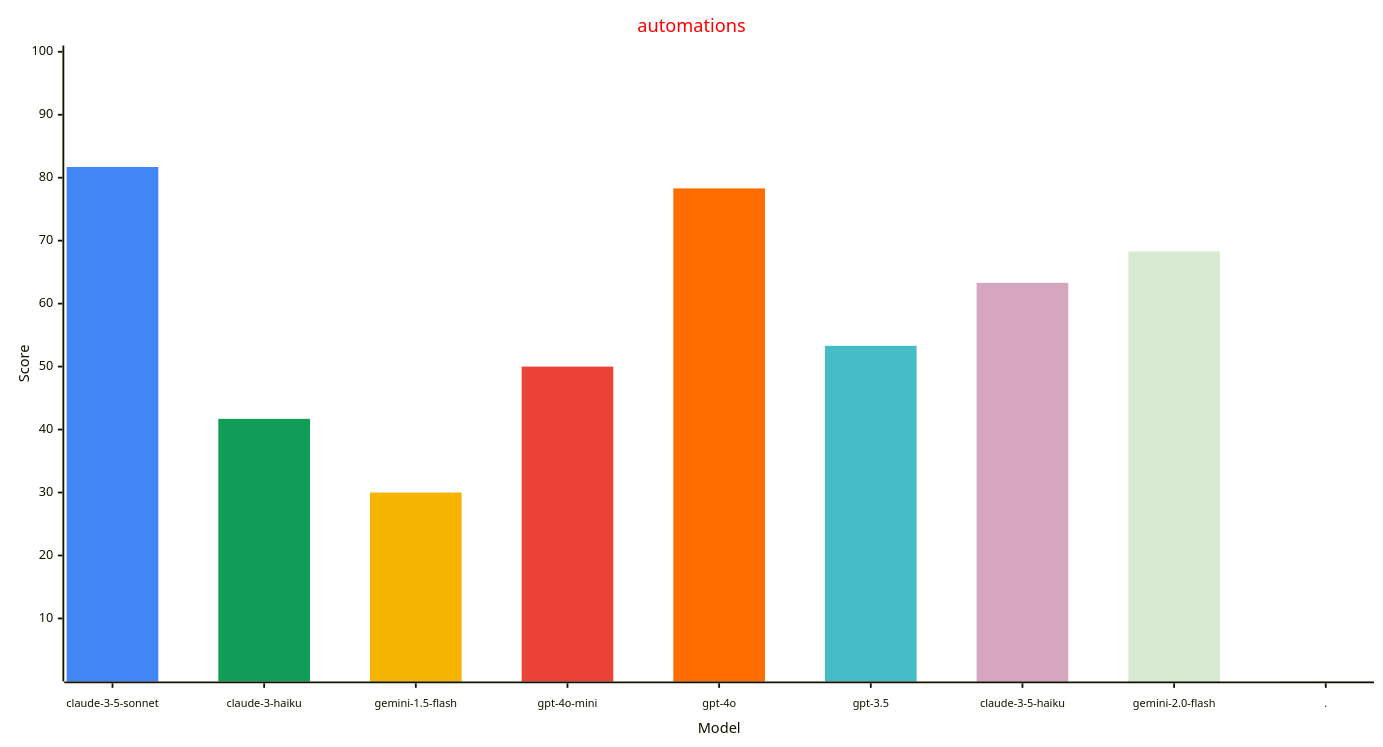
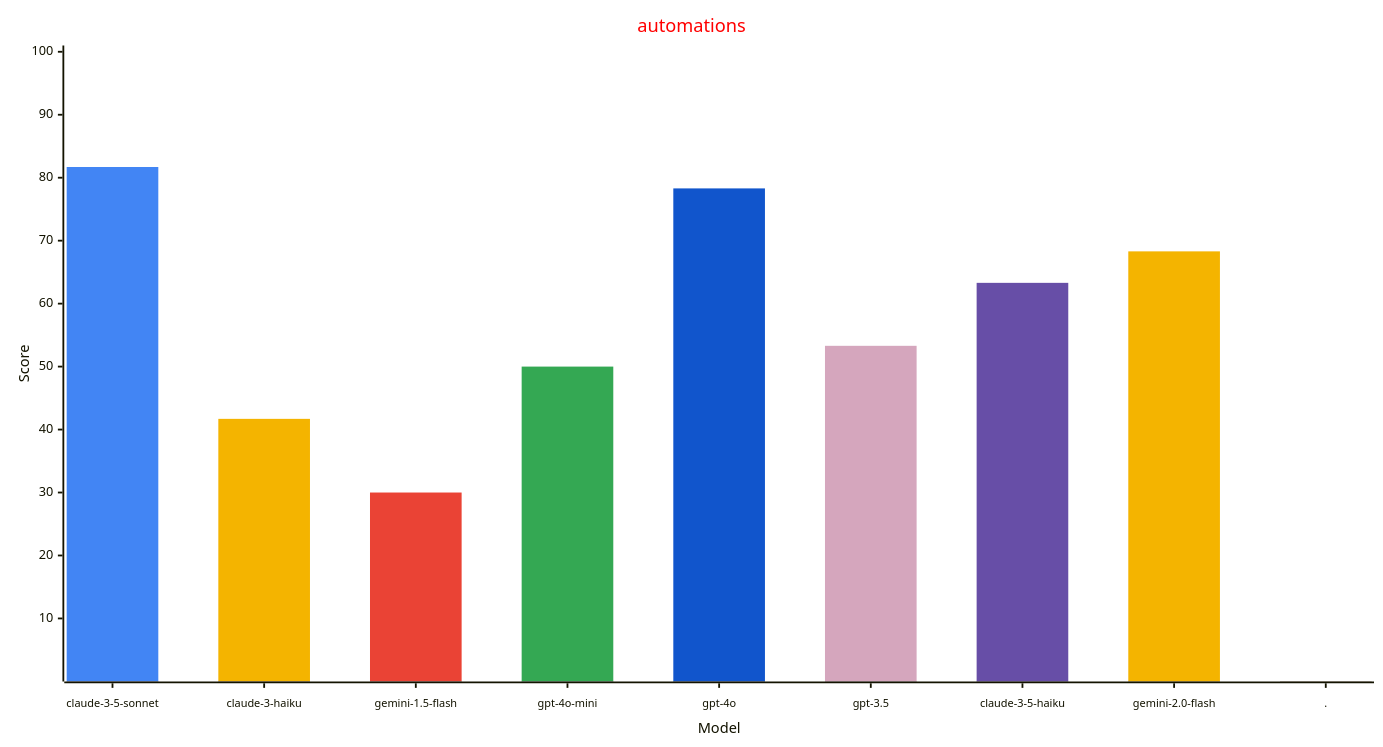
The fourth of 4 diagrams in reports/README.md (allenporter/home-assistant-datasets), drawn with Mermaid before and after one commit. The commit also changed other lines of this file and 392 other files, not shown here.

````diff
--- a/reports/README.md
+++ b/reports/README.md
@@ -192,29 +195,29 @@
 ```mermaid
 ---
 config:
     xyChart:
         width: 1500
         height: 800
         xAxis:
           labelFontSize: 12
           labelPadding: 8
     themeVariables:
         xyChart:
             titleColor: "#ff0000"
-            plotColorPalette: "#4285f4, #0f9d58, #f4b400, #ea4335, #ff6d01, #46bdc6, #d5a6bd, #d9ead3, #4285f4"
+            plotColorPalette: "#4285f4, #f4b400, #ea4335, #34a853, #1155cc, #d5a6bd, #674ea7, #f4b400, #4285f4"
 
 ---
 xychart-beta
   title "automations"
   x-axis "Model" [claude-3-5-sonnet, claude-3-haiku, gemini-1.5-flash, gpt-4o-mini, gpt-4o, gpt-3.5, claude-3-5-haiku, gemini-2.0-flash, .]
   y-axis "Score" 1 --> 100
   bar [81.7, 0.0, 0.0, 0.0, 0.0, 0.0, 0.0, 0.0, 0.0]
   bar [0.0, 41.7, 0.0, 0.0, 0.0, 0.0, 0.0, 0.0, 0.0]
   bar [0.0, 0.0, 30.0, 0.0, 0.0, 0.0, 0.0, 0.0, 0.0]
   bar [0.0, 0.0, 0.0, 50.0, 0.0, 0.0, 0.0, 0.0, 0.0]
   bar [0.0, 0.0, 0.0, 0.0, 78.3, 0.0, 0.0, 0.0, 0.0]
   bar [0.0, 0.0, 0.0, 0.0, 0.0, 53.3, 0.0, 0.0, 0.0]
   bar [0.0, 0.0, 0.0, 0.0, 0.0, 0.0, 63.3, 0.0, 0.0]
   bar [0.0, 0.0, 0.0, 0.0, 0.0, 0.0, 0.0, 68.3, 0.0]
   bar [0.0, 0.0, 0.0, 0.0, 0.0, 0.0, 0.0, 0.0, -1.0]
 ```
````
